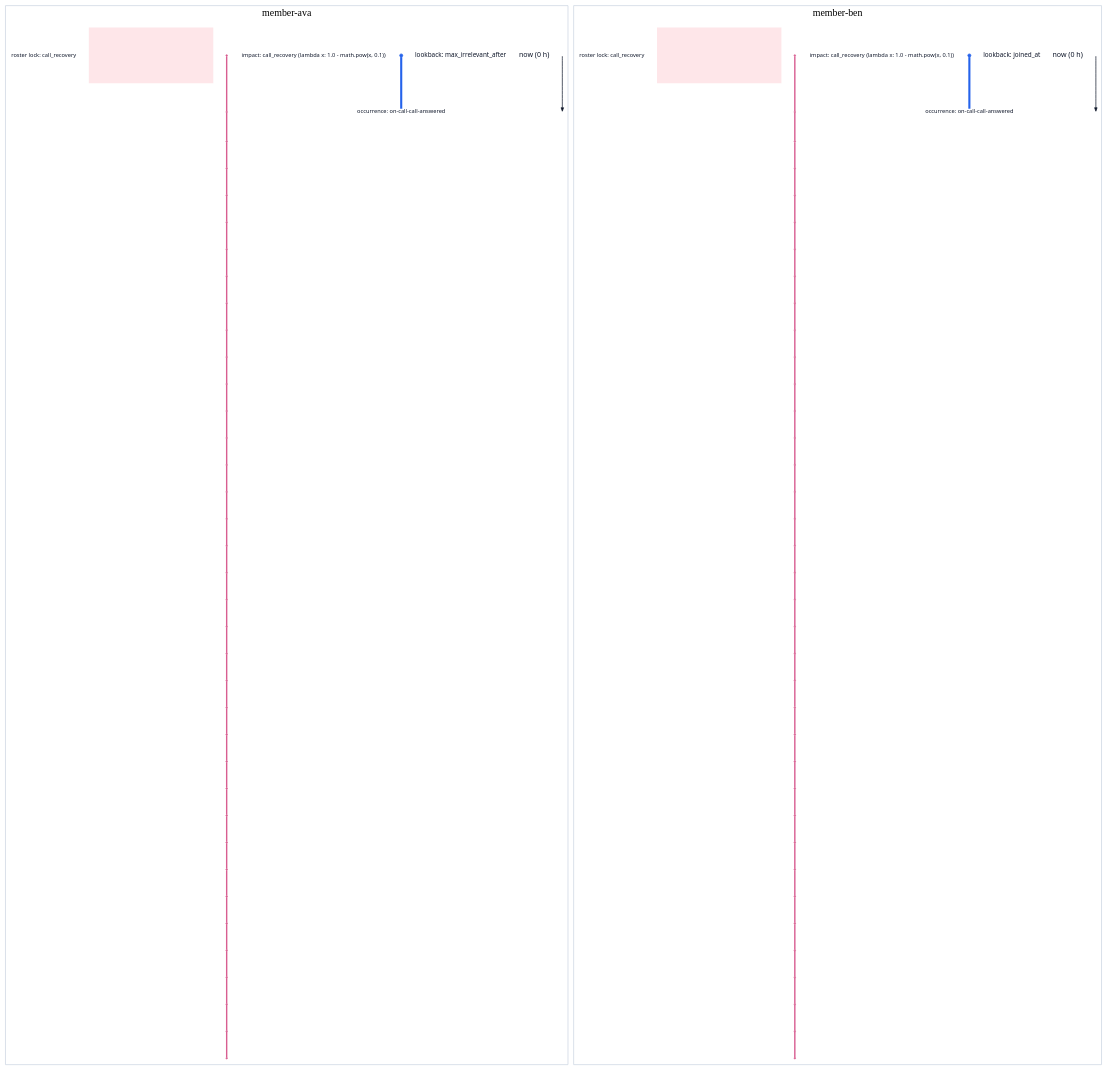
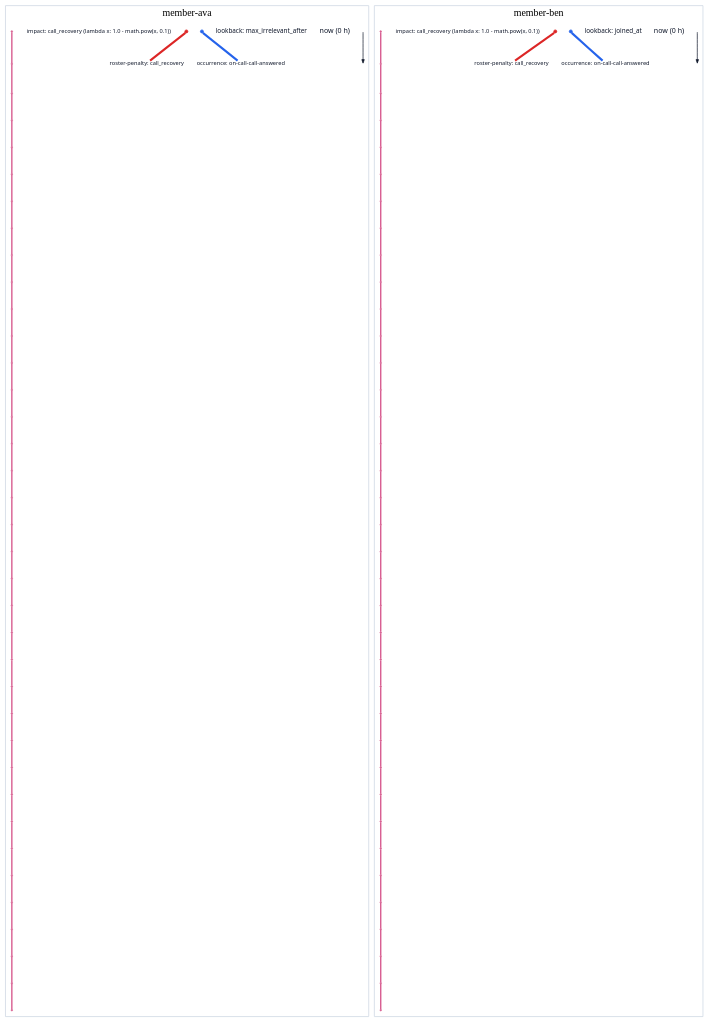
The diagram in docs/recommendation/evidence.dot (iilei/roster-balance-cli), drawn with Graphviz before and after one commit. The commit also changed 16 other files, not shown here.

```diff
--- a/docs/recommendation/evidence.dot
+++ b/docs/recommendation/evidence.dot
@@ -15,6 +15,9 @@
     span_start_0_0 [label="", shape=point, width=0.06, color="#2563eb", pos="175.82417582417582,220!"]
     span_end_0_0 [label="occurrence: on-call-call-answered", shape=plain, fontsize=8, pos="179.12087912087912,229!"]
     span_start_0_0 -> span_end_0_0 [color="#2563eb", penwidth=3]
+    span_start_0_1 [label="", shape=point, width=0.06, color="#dc2626", pos="179.12087912087912,234!"]
+    span_end_0_1 [label="roster-penalty: call_recovery", shape=plain, fontsize=8, pos="354.94505494505495,243!"]
+    span_start_0_1 -> span_end_0_1 [color="#dc2626", penwidth=3]
     curve_label_0_0 [label="impact: call_recovery (lambda x: 1.0 - math.pow(x, 0.1))", shape=plain, fontsize=8, pos="0,308!"]
     curve_0_0_0 [label="", shape=point, width=0.03, color="#d85e91", pos="179.12087912087912,306!"]
     curve_0_0_1 [label="", shape=point, width=0.03, color="#d85e91", pos="184.00488400488402,306!"]
@@ -89,8 +92,6 @@
     curve_0_0_34 -> curve_0_0_35 [color="#d85e91", penwidth=2]
     curve_0_0_36 [label="", shape=point, width=0.03, color="#d85e91", pos="354.94505494505495,244!"]
     curve_0_0_35 -> curve_0_0_36 [color="#d85e91", penwidth=2]
-    lock_0_1 [label="", shape=box, style="filled", fixedsize=true, width="2.442002442002442", height=1.1, color="#dc262600", fillcolor="#fecdd380", pos="267.032967032967,276!"]
-    lock_label_0_1 [label="roster lock: call_recovery", shape=plain, fontsize=8, pos="267.032967032967,311!"]
   }
   subgraph cluster_candidate_1 {
     label="member-ben"
@@ -105,6 +106,9 @@
     span_start_1_0 [label="", shape=point, width=0.06, color="#2563eb", pos="322.3443223443224,100!"]
     span_end_1_0 [label="occurrence: on-call-call-answered", shape=plain, fontsize=8, pos="324.1758241758242,109!"]
     span_start_1_0 -> span_end_1_0 [color="#2563eb", penwidth=3]
+    span_start_1_1 [label="", shape=point, width=0.06, color="#dc2626", pos="324.1758241758242,114!"]
+    span_end_1_1 [label="roster-penalty: call_recovery", shape=plain, fontsize=8, pos="500,123!"]
+    span_start_1_1 -> span_end_1_1 [color="#dc2626", penwidth=3]
     curve_label_1_0 [label="impact: call_recovery (lambda x: 1.0 - math.pow(x, 0.1))", shape=plain, fontsize=8, pos="0,188!"]
     curve_1_0_0 [label="", shape=point, width=0.03, color="#d85e91", pos="324.1758241758242,186!"]
     curve_1_0_1 [label="", shape=point, width=0.03, color="#d85e91", pos="329.05982905982904,186!"]
@@ -179,7 +183,5 @@
     curve_1_0_34 -> curve_1_0_35 [color="#d85e91", penwidth=2]
     curve_1_0_36 [label="", shape=point, width=0.03, color="#d85e91", pos="500,124!"]
     curve_1_0_35 -> curve_1_0_36 [color="#d85e91", penwidth=2]
-    lock_1_1 [label="", shape=box, style="filled", fixedsize=true, width="2.442002442002442", height=1.1, color="#dc262600", fillcolor="#fecdd380", pos="412.08791208791206,156!"]
-    lock_label_1_1 [label="roster lock: call_recovery", shape=plain, fontsize=8, pos="412.08791208791206,191!"]
   }
 }
```
